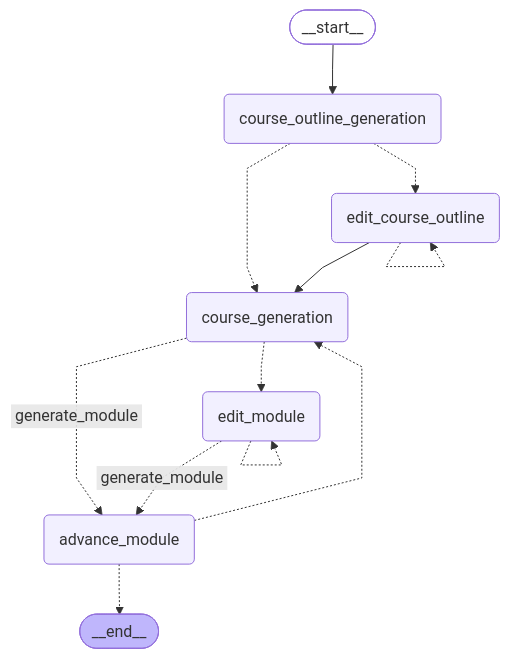
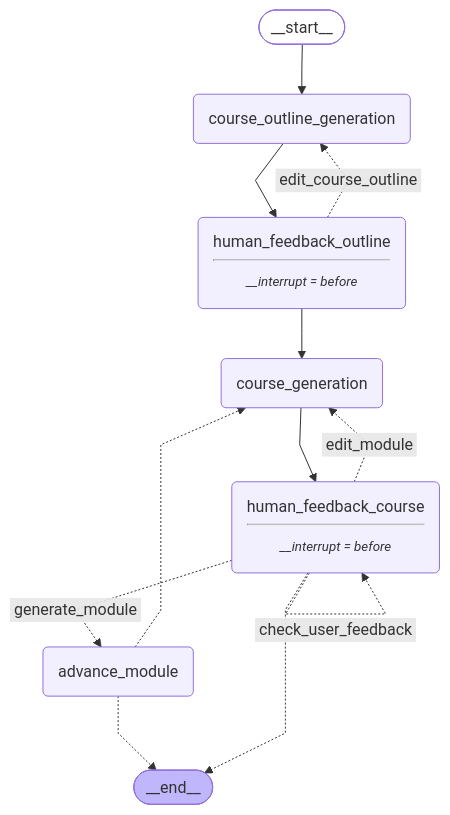
Before and after one commit to ChapelFob80930/Tecolab: the diagram in graph_diagram.mmd, drawn with Mermaid. The commit also changed 6 other files, not shown here.

```diff
--- a/graph_diagram.mmd
+++ b/graph_diagram.mmd
@@ -1,27 +1,27 @@
 ---
 config:
   flowchart:
     curve: linear
 ---
 graph TD;
 	__start__([<p>__start__</p>]):::first
 	course_outline_generation(course_outline_generation)
-	edit_course_outline(edit_course_outline)
 	course_generation(course_generation)
-	edit_module(edit_module)
 	advance_module(advance_module)
+	human_feedback_outline(human_feedback_outline<hr/><small><em>__interrupt = before</em></small>)
+	human_feedback_course(human_feedback_course<hr/><small><em>__interrupt = before</em></small>)
 	__end__([<p>__end__</p>]):::last
 	__start__ --> course_outline_generation;
 	advance_module -.-> __end__;
 	advance_module -.-> course_generation;
-	course_generation -. &nbsp;generate_module&nbsp; .-> advance_module;
-	course_generation -.-> edit_module;
-	course_outline_generation -.-> course_generation;
-	course_outline_generation -.-> edit_course_outline;
-	edit_course_outline --> course_generation;
-	edit_module -. &nbsp;generate_module&nbsp; .-> advance_module;
-	edit_course_outline -.-> edit_course_outline;
-	edit_module -.-> edit_module;
+	course_generation --> human_feedback_course;
+	course_outline_generation --> human_feedback_outline;
+	human_feedback_course -. &nbsp;generate_module&nbsp; .-> advance_module;
+	human_feedback_course -. &nbsp;edit_module&nbsp; .-> course_generation;
+	human_feedback_outline --> course_generation;
+	human_feedback_outline -. &nbsp;edit_course_outline&nbsp; .-> course_outline_generation;
+	human_feedback_course -.-> __end__;
+	human_feedback_course -. &nbsp;check_user_feedback&nbsp; .-> human_feedback_course;
 	classDef default fill:#f2f0ff,line-height:1.2
 	classDef first fill-opacity:0
 	classDef last fill:#bfb6fc
```
